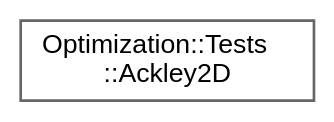
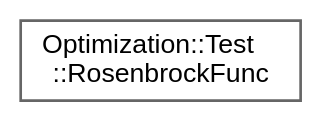
Before and after one commit to jswoo0615/Algorithms_for_Optimization_cpp: the diagram in inherit_graph_37.dot, drawn with Graphviz. The commit also changed 46 other files, not shown here.

```diff
--- a/inherit_graph_37.dot
+++ b/inherit_graph_37.dot
@@ -1,9 +1,9 @@
 digraph "Graphical Class Hierarchy"
 {
  // LATEX_PDF_SIZE
   bgcolor="transparent";
   edge [fontname=Helvetica,fontsize=10,labelfontname=Helvetica,labelfontsize=10];
   node [fontname=Helvetica,fontsize=10,shape=box,height=0.2,width=0.4];
   rankdir="LR";
-  Node0 [id="Node000000",label="Optimization::Tests\l::Ackley2D",height=0.2,width=0.4,color="grey40", fillcolor="white", style="filled",URL="$structOptimization_1_1Tests_1_1Ackley2D.html",tooltip=" "];
+  Node0 [id="Node000000",label="Optimization::Test\l::RosenbrockFunc",height=0.2,width=0.4,color="grey40", fillcolor="white", style="filled",URL="$structOptimization_1_1Test_1_1RosenbrockFunc.html",tooltip=" "];
 }
```
